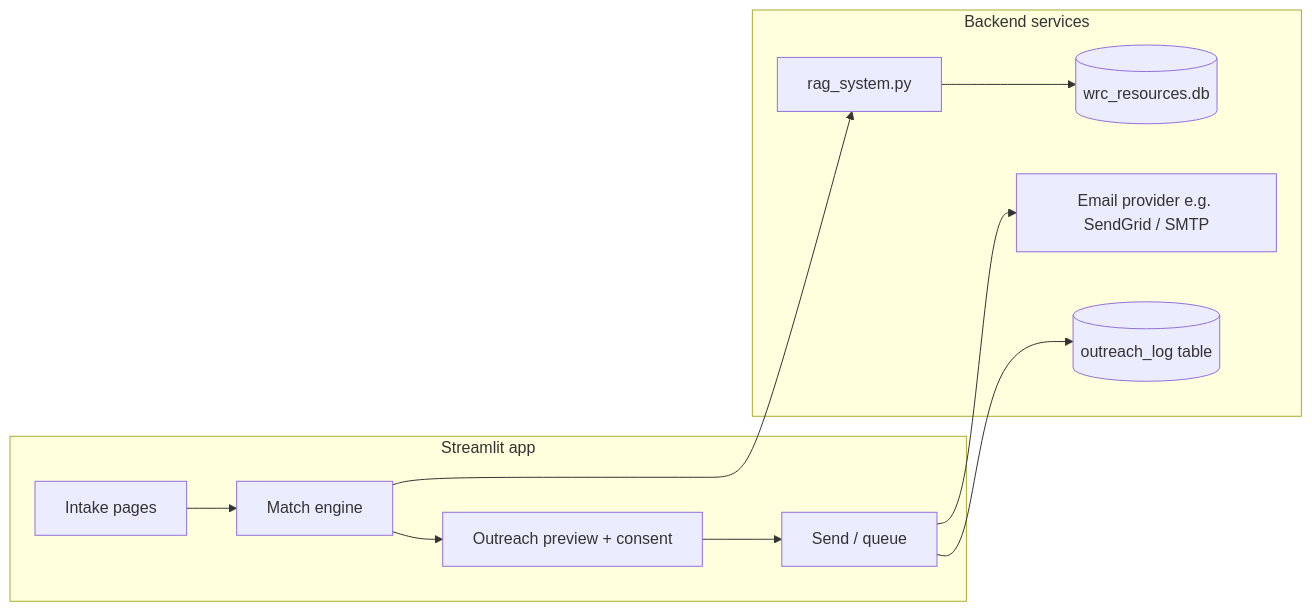
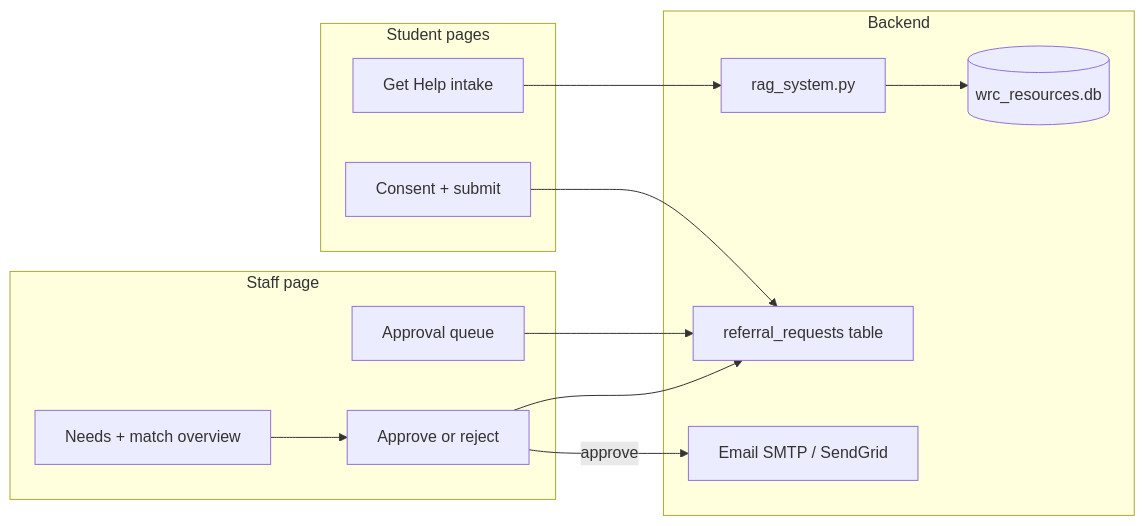
Before and after one commit to madiraa/wrc-resource-search: the second of 2 diagrams in PROJECT_PLAN.md, drawn with Mermaid. The commit also changed other lines of this file and 12 other files, not shown here.

First line of the commit message:
Add mandatory staff approval gate before referral send

````diff
--- a/PROJECT_PLAN.md
+++ b/PROJECT_PLAN.md
@@ -205,24 +208,28 @@
 ```mermaid
 flowchart LR
-    subgraph streamlit [Streamlit app]
-        INT[Intake pages]
-        MATCH[Match engine]
-        PREVIEW[Outreach preview + consent]
-        SEND[Send / queue]
+    subgraph student [Student pages]
+        INT[Get Help intake]
+        CONSENT[Consent + submit]
     end
 
-    subgraph backend [Backend services]
+    subgraph staff [Staff page]
+        QUEUE[Approval queue]
+        REVIEW[Needs + match overview]
+        DECIDE[Approve or reject]
+    end
+
+    subgraph backend [Backend]
         RAG[rag_system.py]
         DB[(wrc_resources.db)]
-        MAIL[Email provider e.g. SendGrid / SMTP]
-        LOG[(outreach_log table)]
+        RQ[referral_requests table]
+        MAIL[Email SMTP / SendGrid]
     end
 
-    INT --> MATCH
-    MATCH --> RAG
+    INT --> RAG
     RAG --> DB
-    MATCH --> PREVIEW
-    PREVIEW --> SEND
-    SEND --> MAIL
-    SEND --> LOG
+    CONSENT --> RQ
+    QUEUE --> RQ
+    REVIEW --> DECIDE
+    DECIDE -->|approve| MAIL
+    DECIDE --> RQ
 ```
````
